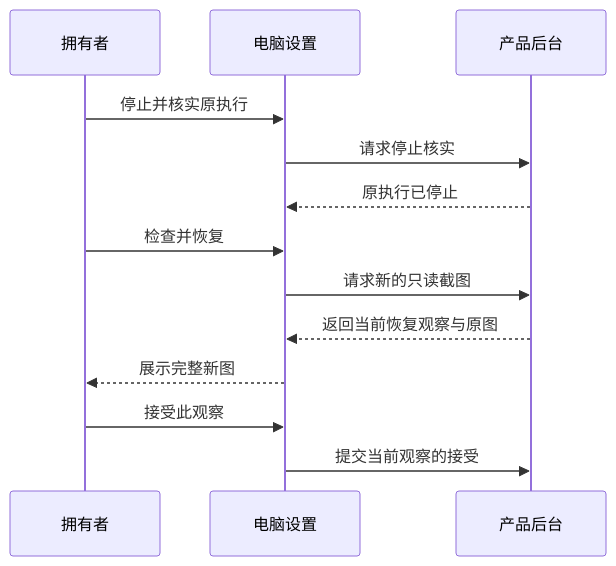
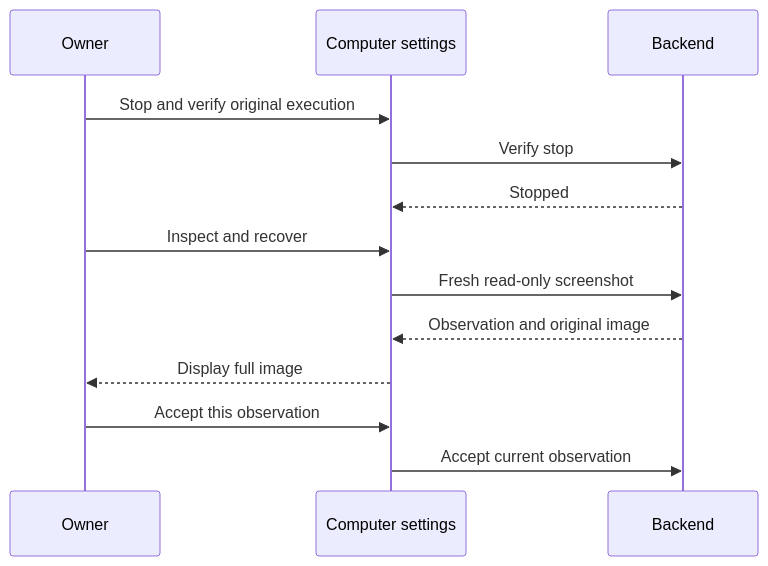
The third of 3 diagrams in docs/modules/desktop.md (num-lab/Ruukoto), drawn with Mermaid before and after one commit. The commit also changed other lines of this file and 3987 other files, not shown here.

````diff
--- a/docs/modules/desktop.md
+++ b/docs/modules/desktop.md
@@ -111,15 +81,15 @@
 ```mermaid
 sequenceDiagram
-  participant Owner as 拥有者
-  participant Desktop as 电脑设置
-  participant Backend as 产品后台
-  Owner->>Desktop: 停止并核实原执行
-  Desktop->>Backend: 请求停止核实
-  Backend-->>Desktop: 原执行已停止
-  Owner->>Desktop: 检查并恢复
-  Desktop->>Backend: 请求新的只读截图
-  Backend-->>Desktop: 返回当前恢复观察与原图
-  Desktop-->>Owner: 展示完整新图
-  Owner->>Desktop: 接受此观察
-  Desktop->>Backend: 提交当前观察的接受
+  participant Owner
+  participant UI as Computer settings
+  participant Backend
+  Owner->>UI: Stop and verify original execution
+  UI->>Backend: Verify stop
+  Backend-->>UI: Stopped
+  Owner->>UI: Inspect and recover
+  UI->>Backend: Fresh read-only screenshot
+  Backend-->>UI: Observation and original image
+  UI-->>Owner: Display full image
+  Owner->>UI: Accept this observation
+  UI->>Backend: Accept current observation
 ```
````
